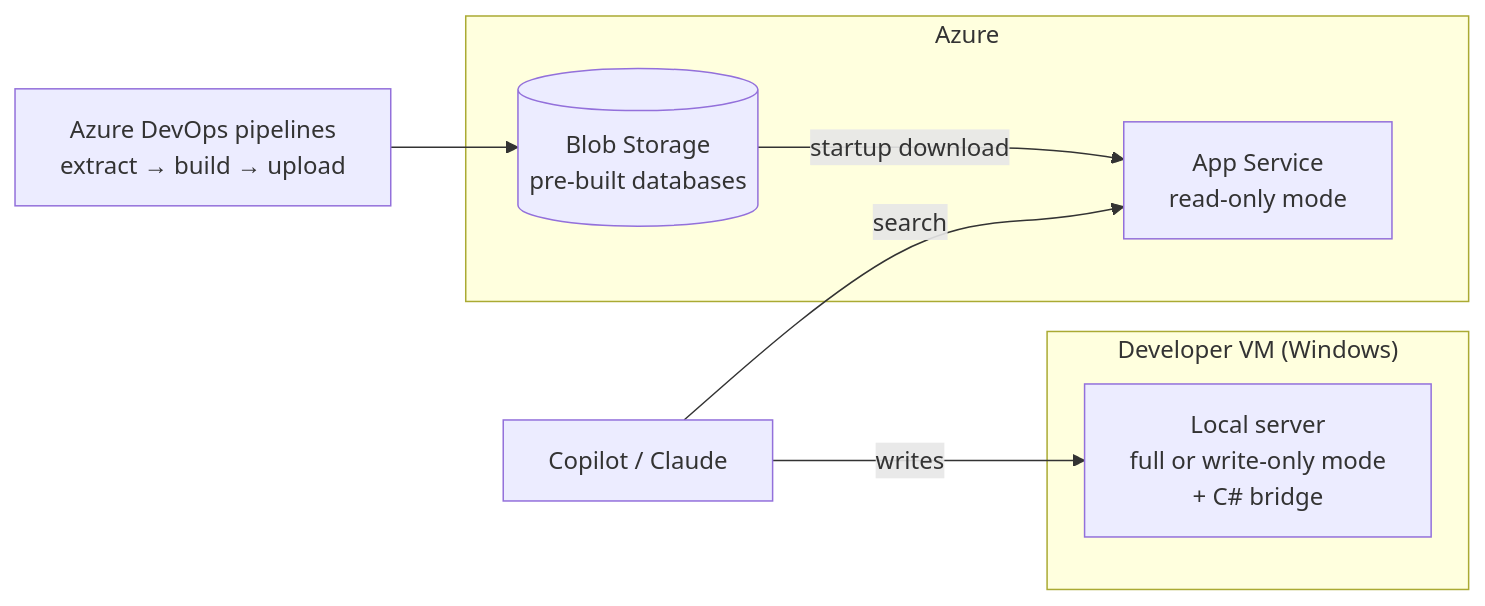
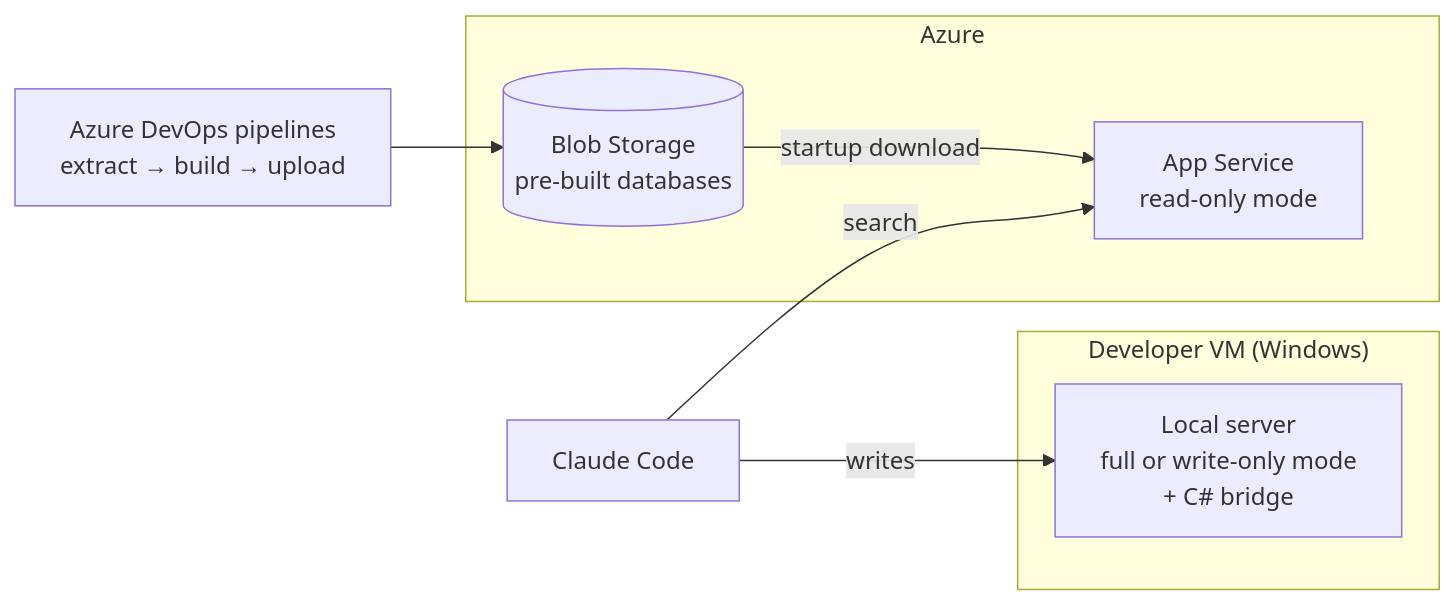
The fifth of 5 diagrams in docs/ARCHITECTURE.md (tfranczyk/d365fo-mcp-server), drawn with Mermaid before and after one commit. The commit also changed other lines of this file and 10 other files, not shown here.

First line of the commit message:
Docs: Claude Code only, point to the two root deployment guides, fix repo URLs

````diff
--- a/docs/ARCHITECTURE.md
+++ b/docs/ARCHITECTURE.md
@@ -160,14 +159,14 @@
 ```mermaid
 graph LR
     subgraph "Developer VM (Windows)"
         LOCAL["Local server\nfull or write-only mode\n+ C# bridge"]
     end
     subgraph Azure
         APP["App Service\nread-only mode"]
         BLOB[("Blob Storage\npre-built databases")]
     end
     DEVOPS[Azure DevOps pipelines\nextract → build → upload] --> BLOB
     BLOB -->|startup download| APP
-    IDE[Copilot / Claude] -->|search| APP
+    IDE[Claude Code] -->|search| APP
     IDE -->|writes| LOCAL
 ```
````
